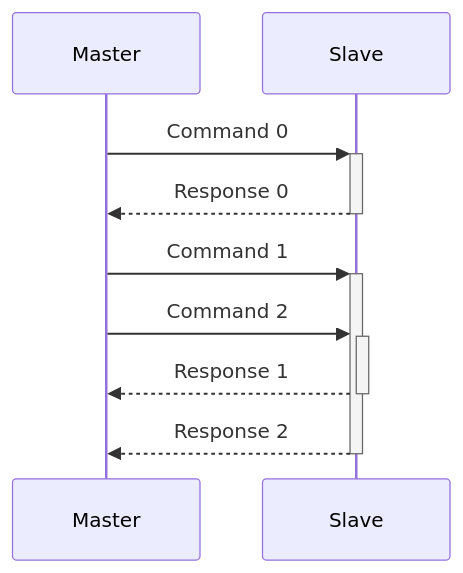
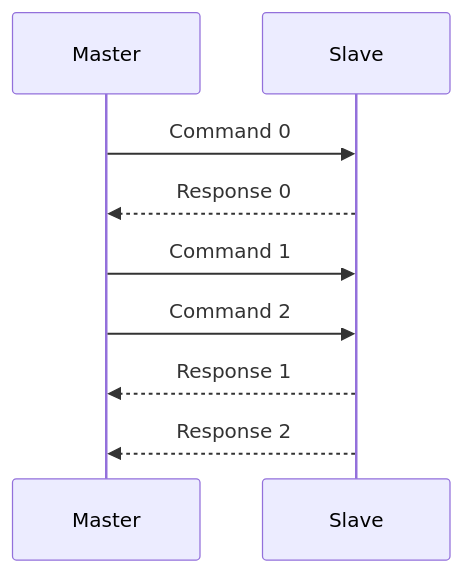
The diagram in docs/acorn.md (zhutmost/chipmunk), drawn with Mermaid before and after one commit. The commit also changed other lines of this file, not shown here.

````diff
--- a/docs/acorn.md
+++ b/docs/acorn.md
@@ -7,11 +7,11 @@
 ```mermaid
 sequenceDiagram
-    participant Master
-    participant Slave
-    Master->>+Slave: Command 0
-    Slave-->>-Master: Response 0
-    Master->>+Slave: Command 1
-    Master->>+Slave: Command 2
-    Slave-->>-Master: Response 1
-    Slave-->>-Master: Response 2
+    participant M as Master
+    participant S as Slave
+    M ->> S: Command 0
+    S -->> M: Response 0
+    M ->> S: Command 1
+    M ->> S: Command 2
+    S -->> M: Response 1
+    S -->> M: Response 2
 ```
````
